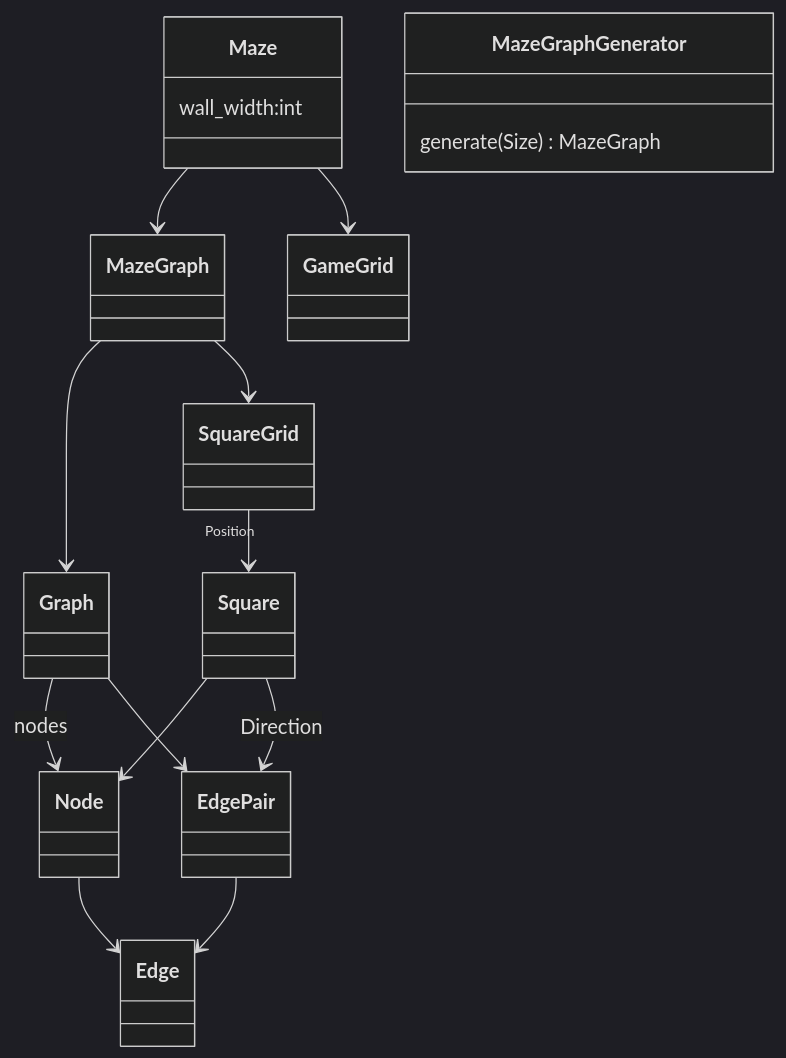
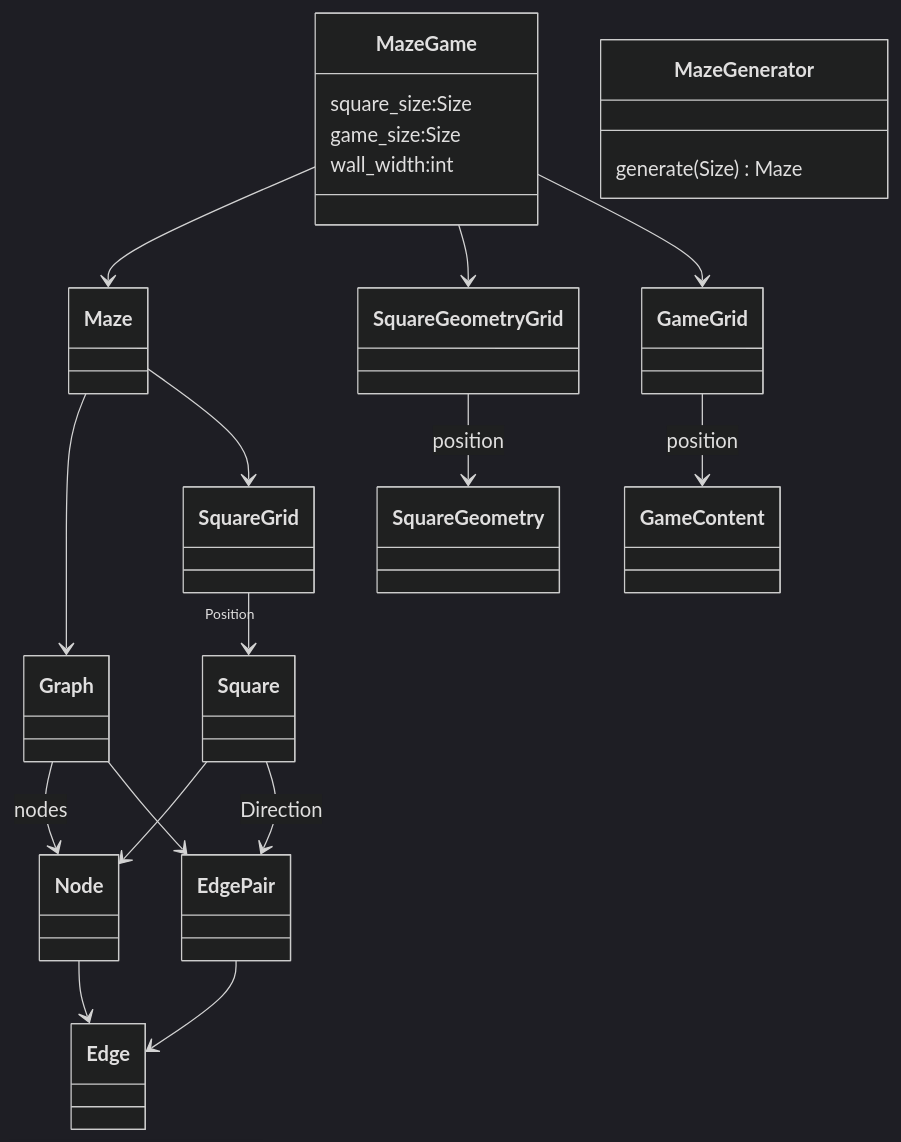
Before and after one commit to fvbakel/brilliant: the fifth of 5 diagrams in hello_maze/readme.md, drawn with Mermaid (dark theme). The commit also changed other lines of this file and 6 other files, not shown here.

````diff
--- a/hello_maze/readme.md
+++ b/hello_maze/readme.md
@@ -143,32 +143,43 @@
 ```mermaid
   classDiagram
-    class Maze {
+    class MazeGame {
+        square_size:Size
+        game_size:Size
         wall_width:int
     }
 
 
     Graph  --> Node : nodes
+    Node --> Edge
+    EdgePair --> Edge 
+    Graph --> EdgePair
 
+    class Square {
+        
+    }
 
-    class MazeGraphGenerator {
-        generate(Size) MazeGraph
+    class MazeGenerator {
+        generate(Size) Maze
     }
 
 
-
-    MazeGraph --> Graph
-    Maze --> MazeGraph
-    Maze --> GameGrid
-    MazeGraph --> SquareGrid
+    Maze --> Graph
+    MazeGame --> Maze
+    MazeGame --> SquareGeometryGrid
+    MazeGame --> GameGrid
+    SquareGeometryGrid --> SquareGeometry : position
+    Maze --> SquareGrid
+    
 
     SquareGrid "Position" -->  Square
     Square --> Node
     Square --> EdgePair : Direction
-    Node --> Edge
-    EdgePair --> Edge 
-    Graph --> EdgePair
-
+    
+    
+    
+    
+    GameGrid --> GameContent : position
 
 
 
 ```
````
